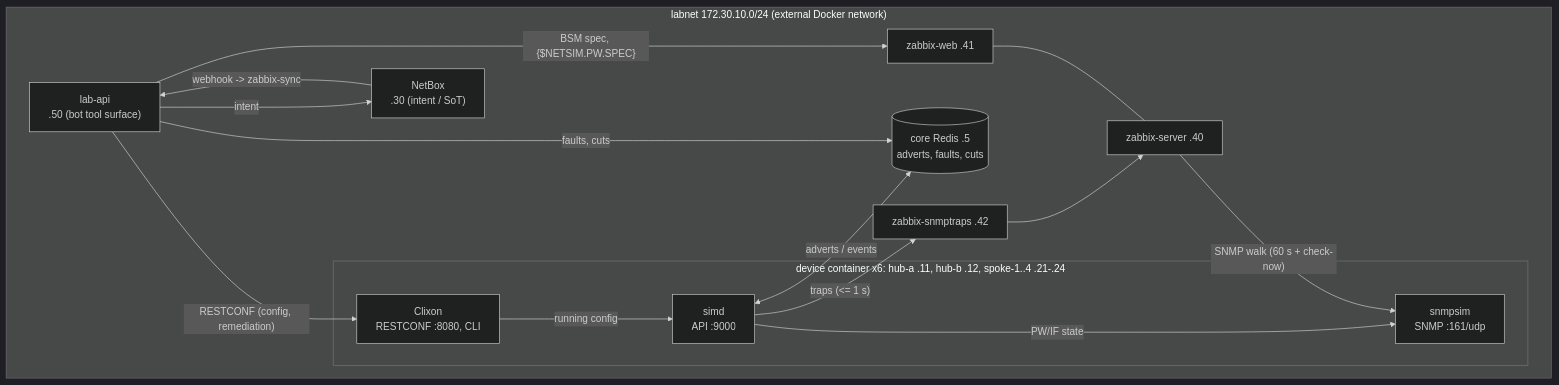
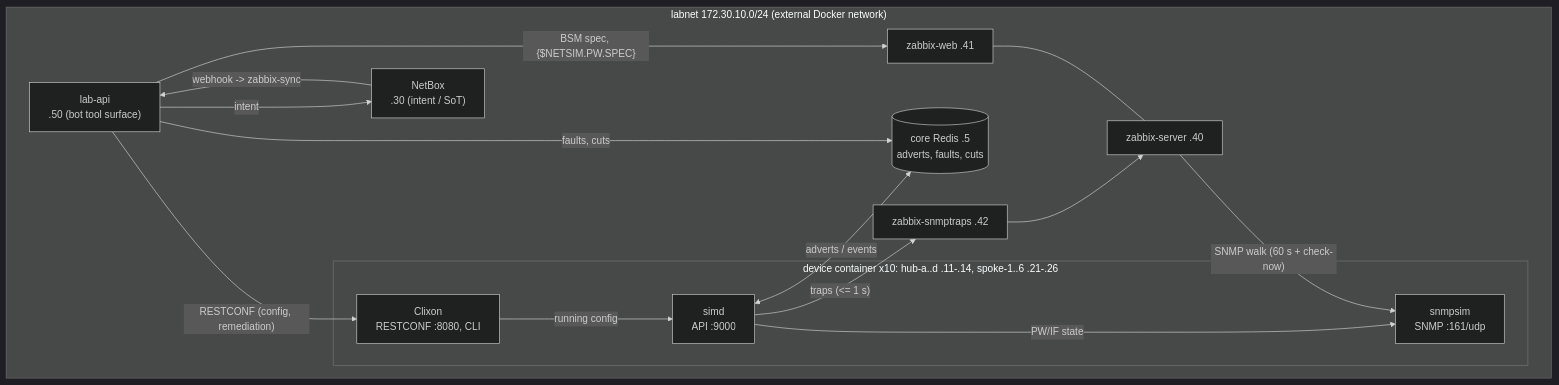
One commit to byteartisan8/net-ops-grok-bot changed the diagram in README.md. Above: the diagram before and after it, drawn with Mermaid (dark theme). The commit also changed other lines of this file and 115 other files, not shown here.

````diff
--- a/README.md
+++ b/README.md
@@ -14,29 +19,29 @@
 ```mermaid
 flowchart LR
     subgraph labnet["labnet 172.30.10.0/24 (external Docker network)"]
         direction LR
         NB["NetBox<br/>.30 (intent / SoT)"]
         LAPI["lab-api<br/>.50 (bot tool surface)"]
-        subgraph PE["device container x6: hub-a .11, hub-b .12, spoke-1..4 .21-.24"]
+        subgraph PE["device container x10: hub-a..d .11-.14, spoke-1..6 .21-.26"]
             CLX["Clixon<br/>RESTCONF :8080, CLI"]
             SIMD["simd<br/>API :9000"]
             SNMP["snmpsim<br/>SNMP :161/udp"]
             CLX -- running config --> SIMD
             SIMD -- PW/IF state --> SNMP
         end
         CORE[("core Redis .5<br/>adverts, faults, cuts")]
         ZS["zabbix-server .40"]
         ZT["zabbix-snmptraps .42"]
         ZW["zabbix-web .41"]
     end
     SIMD <-- "adverts / events" --> CORE
     LAPI -- "faults, cuts" --> CORE
     LAPI -- "RESTCONF (config, remediation)" --> CLX
     LAPI -- "intent" --> NB
     NB -- "webhook -> zabbix-sync" --> LAPI
     LAPI -- "BSM spec, {$NETSIM.PW.SPEC}" --> ZW
     ZS -- "SNMP walk (60 s + check-now)" --> SNMP
     SIMD -- "traps (<= 1 s)" --> ZT
     ZT --> ZS
     ZW --- ZS
 ```
````
